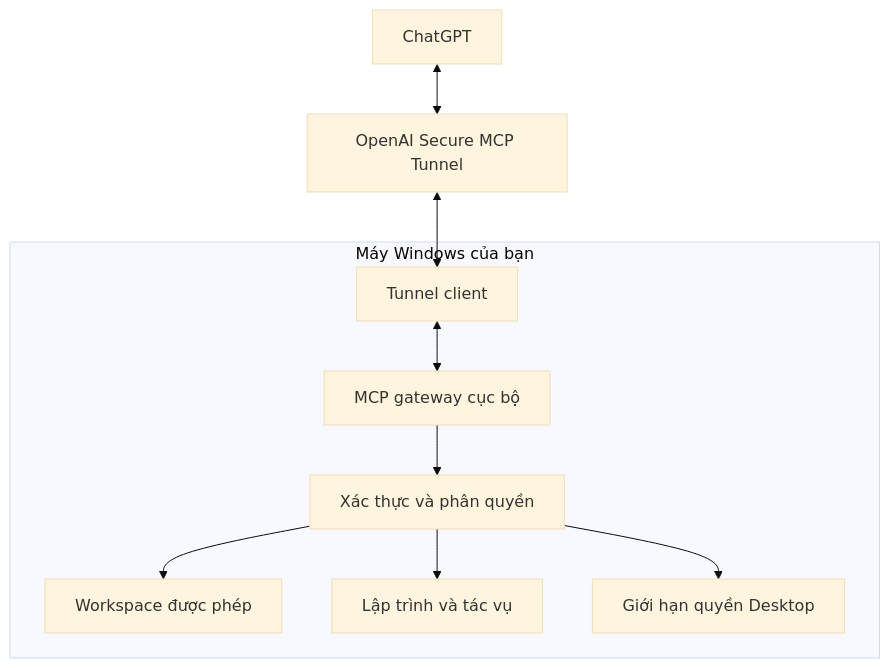
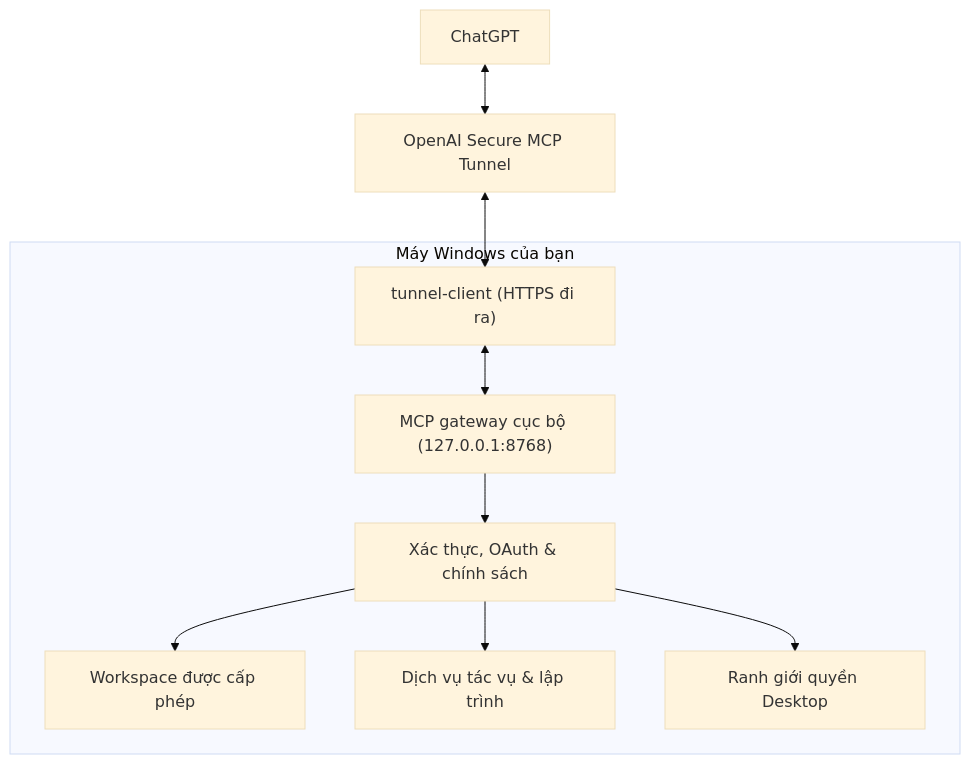
One commit to phuonghuster7/winowner-mcp changed the diagram in README.vi.md. Above: the diagram before and after it, drawn with Mermaid (base theme). The commit also changed other lines of this file and 27 other files, not shown here.

````diff
--- a/README.vi.md
+++ b/README.vi.md
@@ -34,12 +34,12 @@
 ```mermaid
 flowchart TD
   C["ChatGPT"] <--> T["OpenAI Secure MCP Tunnel"]
   subgraph W["Máy Windows của bạn"]
-    A["Tunnel client"] <--> G["MCP gateway cục bộ"]
-    G --> P["Xác thực và phân quyền"]
-    P --> F["Workspace được phép"]
-    P --> J["Lập trình và tác vụ"]
-    P --> D["Giới hạn quyền Desktop"]
+    A["tunnel-client (HTTPS đi ra)"] <--> G["MCP gateway cục bộ (127.0.0.1:8768)"]
+    G --> P["Xác thực, OAuth & chính sách"]
+    P --> F["Workspace được cấp phép"]
+    P --> J["Dịch vụ tác vụ & lập trình"]
+    P --> D["Ranh giới quyền Desktop"]
   end
   T <--> A
 ```
````
